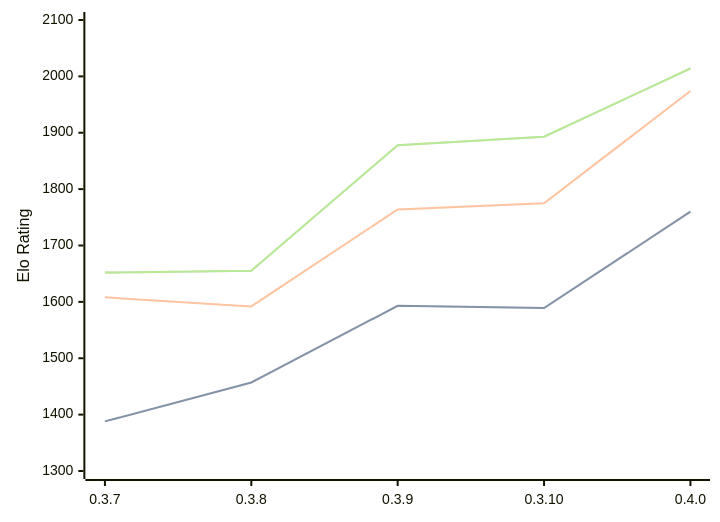
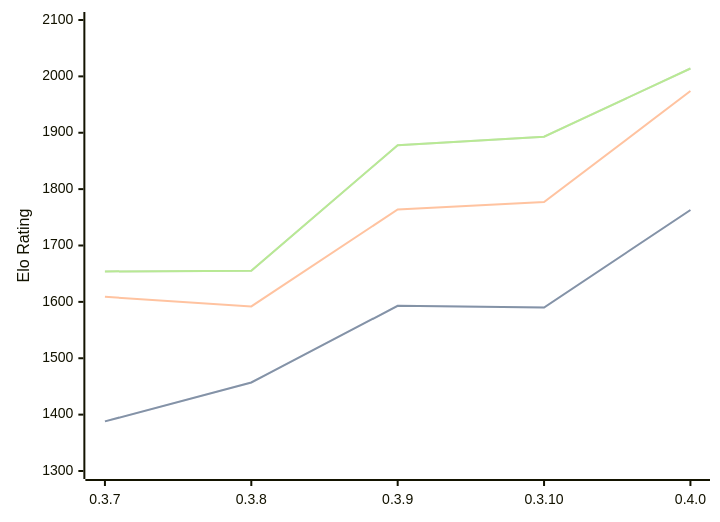
Before and after one commit to computer-chess-index/cci: the diagram in engines/Arche.md, drawn with Mermaid. The commit also changed other lines of this file, not shown here.

Commit message:
Update CCI Ratings (ELO VLTC) - 2026-09-06

````diff
--- a/engines/Arche.md
+++ b/engines/Arche.md
@@ -35,11 +36,11 @@
 ```mermaid
 %%{init: {"theme":"base","themeVariables":{"seriesColors:['#a3a3a3','#222221','#faa371']}}}%%
 xychart-beta
   x-axis ["0.3.7", "0.3.8", "0.3.9", "0.3.10", "0.4.0"]
   y-axis "Elo Rating" 1300 --> 2100
-  line "" [1388, 1457, 1593, 1589, 1760]
-  line "STC (8.0+0.08s)" [1388, 1457, 1593, 1589, 1760]
-  line "LTC (60.0+0.60s)" [1608, 1592, 1764, 1775, 1974]
-  line "" [1652, 1655, 1878, 1893, 2014]
-  line "VLTC (2m24s+1.12s)" [1652, 1655, 1878, 1893, 2014]
+  line "" [1388, 1457, 1593, 1590, 1763]
+  line "STC (8.0+0.08s)" [1388, 1457, 1593, 1590, 1763]
+  line "LTC (60.0+0.60s)" [1609, 1592, 1764, 1777, 1974]
+  line "" [1654, 1655, 1878, 1893, 2014]
+  line "VLTC (2m24s+1.12s)" [1654, 1655, 1878, 1893, 2014]
 ```
````
